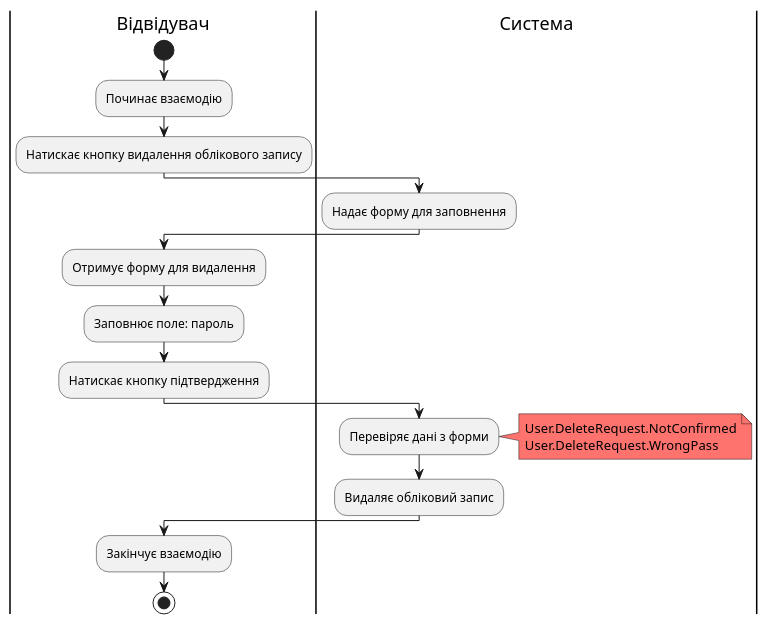
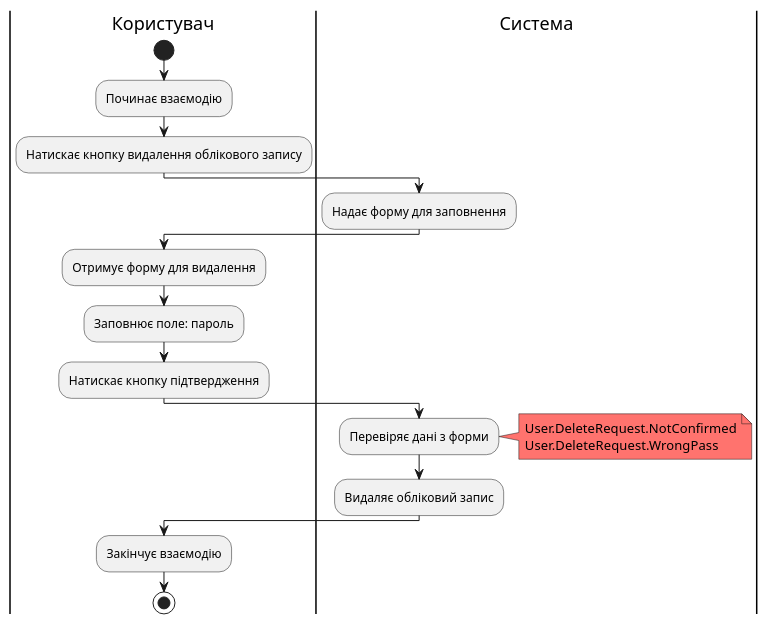
One commit to nonGratis/retarder-io-23-3 changed the ninth of 14 diagrams in docs/use cases/README.md. Above: the diagram before and after it, drawn with PlantUML. The commit also changed other lines of this file, not shown here.

Commit message:
correct User.DeleteRequest UML

````diff
--- a/docs/use cases/README.md
+++ b/docs/use cases/README.md
@@ -287,25 +286,25 @@
 ```plantuml
 @startuml
-|Відвідувач|
+|Користувач|
     start
     :Починає взаємодію;
     :Натискає кнопку видалення облікового запису;
 |Система|
     :Надає форму для заповнення;
-|Відвідувач|
+|Користувач|
     :Отримує форму для видалення;
     :Заповнює поле: пароль;
     :Натискає кнопку підтвердження;
 |Система|
     :Перевіряє дані з форми;
         note right #FF736E
             User.DeleteRequest.NotConfirmed
             User.DeleteRequest.WrongPass
         end note
 
     :Видаляє обліковий запис;
 
-|Відвідувач|
+|Користувач|
     :Закінчує взаємодію;
     stop;
 ```
````
